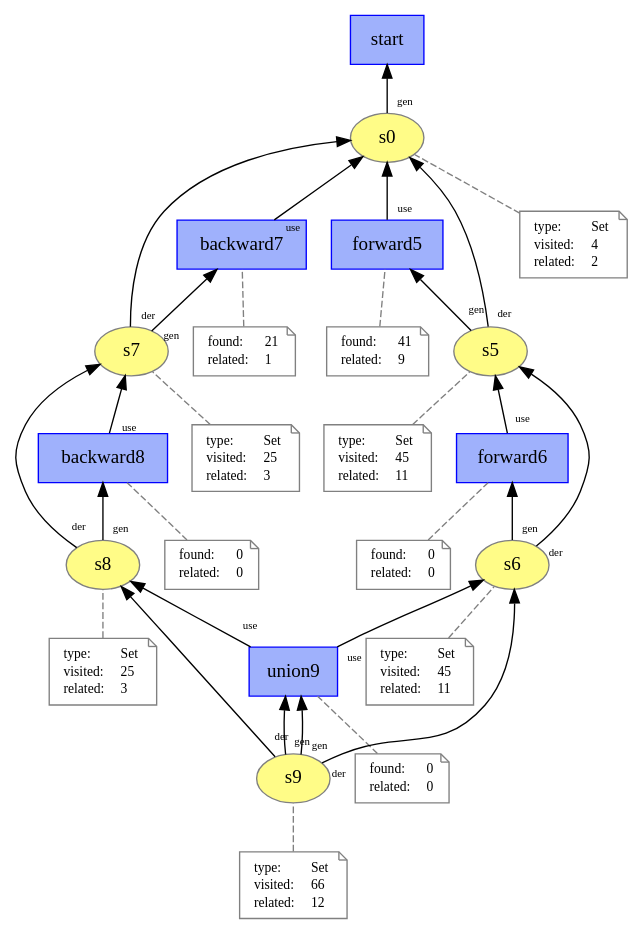
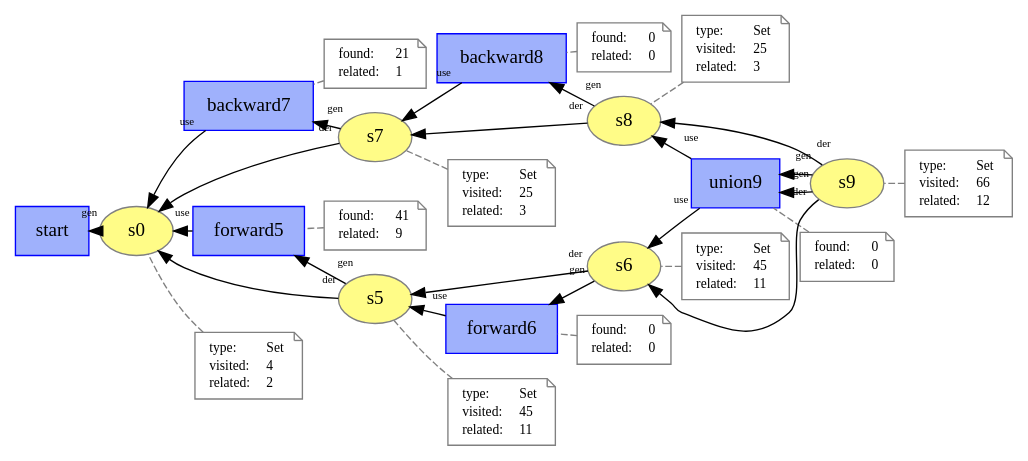
One commit to gems-uff/hybrid-strategies changed the diagram in case_study_2/notebooks/output/snowballing.dot. Above: the diagram before and after it, drawn with Graphviz. The commit also changed 4 other files, not shown here.

```diff
--- a/case_study_2/notebooks/output/snowballing.dot
+++ b/case_study_2/notebooks/output/snowballing.dot
@@ -1,189 +1,189 @@
-digraph "PROV" { size="16,12"; rankdir="BT"; 
+digraph "PROV" { size="16,12"; rankdir="RL"; ranksep="0.1"; 
 "http://example.org/union9" [fillcolor="#9FB1FC",color="#0000FF",shape="polygon",sides="4",style="filled",label="union9",URL="http://example.org/union9"]
 "-attrs0" [color="gray",shape="note",fontsize="10",fontcolor="black",label=<<TABLE cellpadding="0" border="0">
 	<TR>
 	    <TD align="left">found:</TD>
 	    <TD align="left">0</TD>
 	</TR>
 	<TR>
 	    <TD align="left">related:</TD>
 	    <TD align="left">0</TD>
 	</TR>
     </TABLE>>
 ]
 "-attrs0" -> "http://example.org/union9" [color="gray",style="dashed",arrowhead="none"]
 "http://example.org/forward6" [fillcolor="#9FB1FC",color="#0000FF",shape="polygon",sides="4",style="filled",label="forward6",URL="http://example.org/forward6"]
 "-attrs1" [color="gray",shape="note",fontsize="10",fontcolor="black",label=<<TABLE cellpadding="0" border="0">
 	<TR>
 	    <TD align="left">found:</TD>
 	    <TD align="left">0</TD>
 	</TR>
 	<TR>
 	    <TD align="left">related:</TD>
 	    <TD align="left">0</TD>
 	</TR>
     </TABLE>>
 ]
 "-attrs1" -> "http://example.org/forward6" [color="gray",style="dashed",arrowhead="none"]
 "http://example.org/backward8" [fillcolor="#9FB1FC",color="#0000FF",shape="polygon",sides="4",style="filled",label="backward8",URL="http://example.org/backward8"]
 "-attrs2" [color="gray",shape="note",fontsize="10",fontcolor="black",label=<<TABLE cellpadding="0" border="0">
 	<TR>
 	    <TD align="left">found:</TD>
 	    <TD align="left">0</TD>
 	</TR>
 	<TR>
 	    <TD align="left">related:</TD>
 	    <TD align="left">0</TD>
 	</TR>
     </TABLE>>
 ]
 "-attrs2" -> "http://example.org/backward8" [color="gray",style="dashed",arrowhead="none"]
 "http://example.org/forward5" [fillcolor="#9FB1FC",color="#0000FF",shape="polygon",sides="4",style="filled",label="forward5",URL="http://example.org/forward5"]
 "-attrs3" [color="gray",shape="note",fontsize="10",fontcolor="black",label=<<TABLE cellpadding="0" border="0">
 	<TR>
 	    <TD align="left">found:</TD>
 	    <TD align="left">41</TD>
 	</TR>
 	<TR>
 	    <TD align="left">related:</TD>
 	    <TD align="left">9</TD>
 	</TR>
     </TABLE>>
 ]
 "-attrs3" -> "http://example.org/forward5" [color="gray",style="dashed",arrowhead="none"]
 "http://example.org/backward7" [fillcolor="#9FB1FC",color="#0000FF",shape="polygon",sides="4",style="filled",label="backward7",URL="http://example.org/backward7"]
 "-attrs4" [color="gray",shape="note",fontsize="10",fontcolor="black",label=<<TABLE cellpadding="0" border="0">
 	<TR>
 	    <TD align="left">found:</TD>
 	    <TD align="left">21</TD>
 	</TR>
 	<TR>
 	    <TD align="left">related:</TD>
 	    <TD align="left">1</TD>
 	</TR>
     </TABLE>>
 ]
 "-attrs4" -> "http://example.org/backward7" [color="gray",style="dashed",arrowhead="none"]
 "http://example.org/start" [fillcolor="#9FB1FC",color="#0000FF",shape="polygon",sides="4",style="filled",label="start",URL="http://example.org/start"]
 "http://example.org/s9" [fillcolor="#FFFC87",color="#808080",style="filled",label="s9",URL="http://example.org/s9"]
 "-attrs5" [color="gray",shape="note",fontsize="10",fontcolor="black",label=<<TABLE cellpadding="0" border="0">
 	<TR>
 	    <TD align="left">type:</TD>
 	    <TD align="left">Set</TD>
 	</TR>
 	<TR>
 	    <TD align="left">visited:</TD>
 	    <TD align="left">66</TD>
 	</TR>
 	<TR>
 	    <TD align="left">related:</TD>
 	    <TD align="left">12</TD>
 	</TR>
     </TABLE>>
 ]
 "-attrs5" -> "http://example.org/s9" [color="gray",style="dashed",arrowhead="none"]
 "http://example.org/s6" [fillcolor="#FFFC87",color="#808080",style="filled",label="s6",URL="http://example.org/s6"]
 "-attrs6" [color="gray",shape="note",fontsize="10",fontcolor="black",label=<<TABLE cellpadding="0" border="0">
 	<TR>
 	    <TD align="left">type:</TD>
 	    <TD align="left">Set</TD>
 	</TR>
 	<TR>
 	    <TD align="left">visited:</TD>
 	    <TD align="left">45</TD>
 	</TR>
 	<TR>
 	    <TD align="left">related:</TD>
 	    <TD align="left">11</TD>
 	</TR>
     </TABLE>>
 ]
 "-attrs6" -> "http://example.org/s6" [color="gray",style="dashed",arrowhead="none"]
 "http://example.org/s8" [fillcolor="#FFFC87",color="#808080",style="filled",label="s8",URL="http://example.org/s8"]
 "-attrs7" [color="gray",shape="note",fontsize="10",fontcolor="black",label=<<TABLE cellpadding="0" border="0">
 	<TR>
 	    <TD align="left">type:</TD>
 	    <TD align="left">Set</TD>
 	</TR>
 	<TR>
 	    <TD align="left">visited:</TD>
 	    <TD align="left">25</TD>
 	</TR>
 	<TR>
 	    <TD align="left">related:</TD>
 	    <TD align="left">3</TD>
 	</TR>
     </TABLE>>
 ]
 "-attrs7" -> "http://example.org/s8" [color="gray",style="dashed",arrowhead="none"]
 "http://example.org/s5" [fillcolor="#FFFC87",color="#808080",style="filled",label="s5",URL="http://example.org/s5"]
 "-attrs8" [color="gray",shape="note",fontsize="10",fontcolor="black",label=<<TABLE cellpadding="0" border="0">
 	<TR>
 	    <TD align="left">type:</TD>
 	    <TD align="left">Set</TD>
 	</TR>
 	<TR>
 	    <TD align="left">visited:</TD>
 	    <TD align="left">45</TD>
 	</TR>
 	<TR>
 	    <TD align="left">related:</TD>
 	    <TD align="left">11</TD>
 	</TR>
     </TABLE>>
 ]
 "-attrs8" -> "http://example.org/s5" [color="gray",style="dashed",arrowhead="none"]
 "http://example.org/s7" [fillcolor="#FFFC87",color="#808080",style="filled",label="s7",URL="http://example.org/s7"]
 "-attrs9" [color="gray",shape="note",fontsize="10",fontcolor="black",label=<<TABLE cellpadding="0" border="0">
 	<TR>
 	    <TD align="left">type:</TD>
 	    <TD align="left">Set</TD>
 	</TR>
 	<TR>
 	    <TD align="left">visited:</TD>
 	    <TD align="left">25</TD>
 	</TR>
 	<TR>
 	    <TD align="left">related:</TD>
 	    <TD align="left">3</TD>
 	</TR>
     </TABLE>>
 ]
 "-attrs9" -> "http://example.org/s7" [color="gray",style="dashed",arrowhead="none"]
 "http://example.org/s0" [fillcolor="#FFFC87",color="#808080",style="filled",label="s0",URL="http://example.org/s0"]
 "-attrs10" [color="gray",shape="note",fontsize="10",fontcolor="black",label=<<TABLE cellpadding="0" border="0">
 	<TR>
 	    <TD align="left">type:</TD>
 	    <TD align="left">Set</TD>
 	</TR>
 	<TR>
 	    <TD align="left">visited:</TD>
 	    <TD align="left">4</TD>
 	</TR>
 	<TR>
 	    <TD align="left">related:</TD>
 	    <TD align="left">2</TD>
 	</TR>
     </TABLE>>
 ]
 "-attrs10" -> "http://example.org/s0" [color="gray",style="dashed",arrowhead="none"]
 "http://example.org/union9" -> "http://example.org/s6" [labelfontsize="8",labeldistance="1.5",labelangle="60.0",rotation="20",taillabel="use"]
 "http://example.org/s9" -> "http://example.org/union9" [labelfontsize="8",labeldistance="1.5",labelangle="60.0",rotation="20",taillabel="gen"]
 "http://example.org/s9" -> "http://example.org/s6" [labelfontsize="8",labeldistance="1.5",labelangle="60.0",rotation="20",taillabel="der"]
 "http://example.org/union9" -> "http://example.org/s8" [labelfontsize="8",labeldistance="1.5",labelangle="60.0",rotation="20",taillabel="use"]
 "http://example.org/s9" -> "http://example.org/union9" [labelfontsize="8",labeldistance="1.5",labelangle="60.0",rotation="20",taillabel="gen"]
 "http://example.org/s9" -> "http://example.org/s8" [labelfontsize="8",labeldistance="1.5",labelangle="60.0",rotation="20",taillabel="der"]
 "http://example.org/forward6" -> "http://example.org/s5" [labelfontsize="8",labeldistance="1.5",labelangle="60.0",rotation="20",taillabel="use"]
 "http://example.org/s6" -> "http://example.org/forward6" [labelfontsize="8",labeldistance="1.5",labelangle="60.0",rotation="20",taillabel="gen"]
 "http://example.org/s6" -> "http://example.org/s5" [labelfontsize="8",labeldistance="1.5",labelangle="60.0",rotation="20",taillabel="der"]
 "http://example.org/backward8" -> "http://example.org/s7" [labelfontsize="8",labeldistance="1.5",labelangle="60.0",rotation="20",taillabel="use"]
 "http://example.org/s8" -> "http://example.org/backward8" [labelfontsize="8",labeldistance="1.5",labelangle="60.0",rotation="20",taillabel="gen"]
 "http://example.org/s8" -> "http://example.org/s7" [labelfontsize="8",labeldistance="1.5",labelangle="60.0",rotation="20",taillabel="der"]
 "http://example.org/forward5" -> "http://example.org/s0" [labelfontsize="8",labeldistance="1.5",labelangle="60.0",rotation="20",taillabel="use"]
 "http://example.org/s5" -> "http://example.org/forward5" [labelfontsize="8",labeldistance="1.5",labelangle="60.0",rotation="20",taillabel="gen"]
 "http://example.org/s5" -> "http://example.org/s0" [labelfontsize="8",labeldistance="1.5",labelangle="60.0",rotation="20",taillabel="der"]
 "http://example.org/backward7" -> "http://example.org/s0" [labelfontsize="8",labeldistance="1.5",labelangle="60.0",rotation="20",taillabel="use"]
 "http://example.org/s7" -> "http://example.org/backward7" [labelfontsize="8",labeldistance="1.5",labelangle="60.0",rotation="20",taillabel="gen"]
 "http://example.org/s7" -> "http://example.org/s0" [labelfontsize="8",labeldistance="1.5",labelangle="60.0",rotation="20",taillabel="der"]
 "http://example.org/s0" -> "http://example.org/start" [labelfontsize="8",labeldistance="1.5",labelangle="60.0",rotation="20",taillabel="gen"]
 }
```
